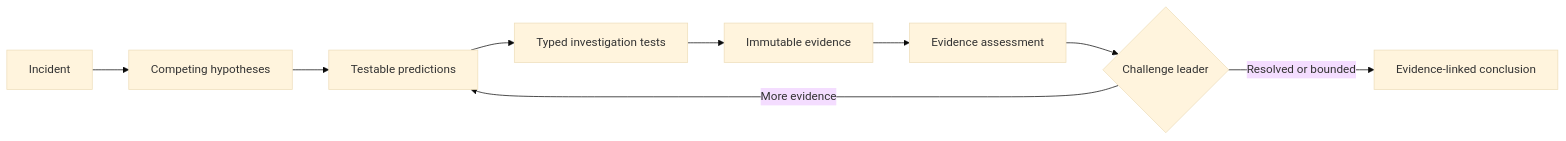
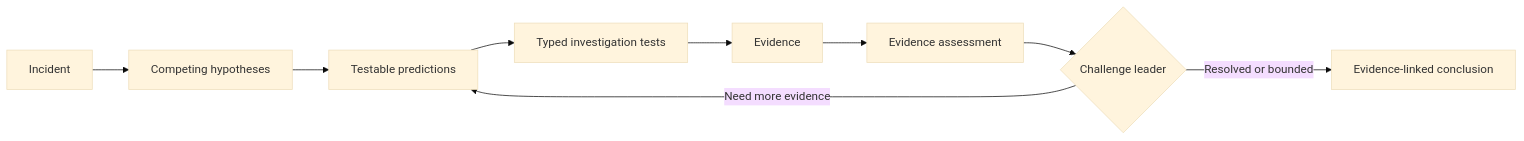
The first of 2 diagrams in README.md (serhii-baksheiev/ai-incident-commander), drawn with Mermaid (base theme) before and after one commit. The commit also changed other lines of this file, not shown here.

Commit message:
docs: refresh README around current AIC architecture and roadmap

````diff
--- a/README.md
+++ b/README.md
@@ -20,11 +45,11 @@
 ```mermaid
 flowchart LR
     I[Incident] --> H[Competing hypotheses]
     H --> P[Testable predictions]
     P --> T[Typed investigation tests]
-    T --> E[Immutable evidence]
+    T --> E[Evidence]
     E --> A[Evidence assessment]
     A --> C{Challenge leader}
-    C -->|More evidence| P
+    C -->|Need more evidence| P
     C -->|Resolved or bounded| R[Evidence-linked conclusion]
 ```
````
